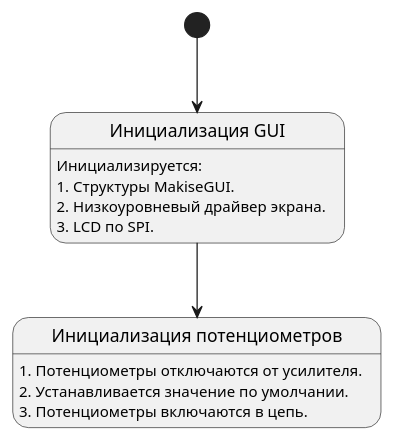
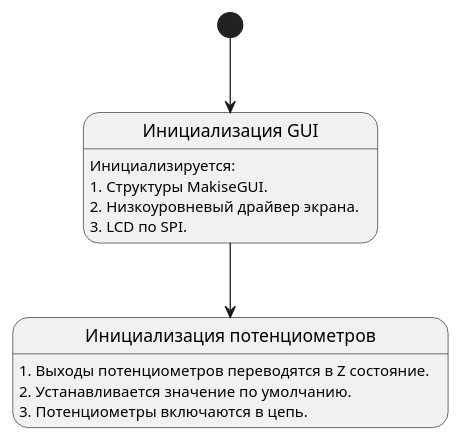
One commit to Vadimatorik/ChiptunePlayer-2.22 changed the diagram in user_code/core/ayplayer_fsm_true_plantuml.pu. Above: the diagram before and after it, drawn with PlantUML. The commit also changed 1 other file, not shown here.

```diff
--- a/user_code/core/ayplayer_fsm_true_plantuml.pu
+++ b/user_code/core/ayplayer_fsm_true_plantuml.pu
@@ -1,20 +1,20 @@
 @startuml
 
 [*] --> gui_init
 
 state "Инициализация GUI" as gui_init {
 gui_init : Инициализируется:
 gui_init : 1. Структуры MakiseGUI.
 gui_init : 2. Низкоуровневый драйвер экрана.
 gui_init : 3. LCD по SPI.
 }
 
 gui_init --> dp_init
 
 state "Инициализация потенциометров" as dp_init {
-dp_init : 1. Потенциометры отключаются от усилителя.
-dp_init : 2. Устанавливается значение по умолчании.
+dp_init : 1. Выходы потенциометров переводятся в Z состояние.
+dp_init : 2. Устанавливается значение по умолчанию.
 dp_init : 3. Потенциометры включаются в цепь.
 }
  
 @enduml
```
